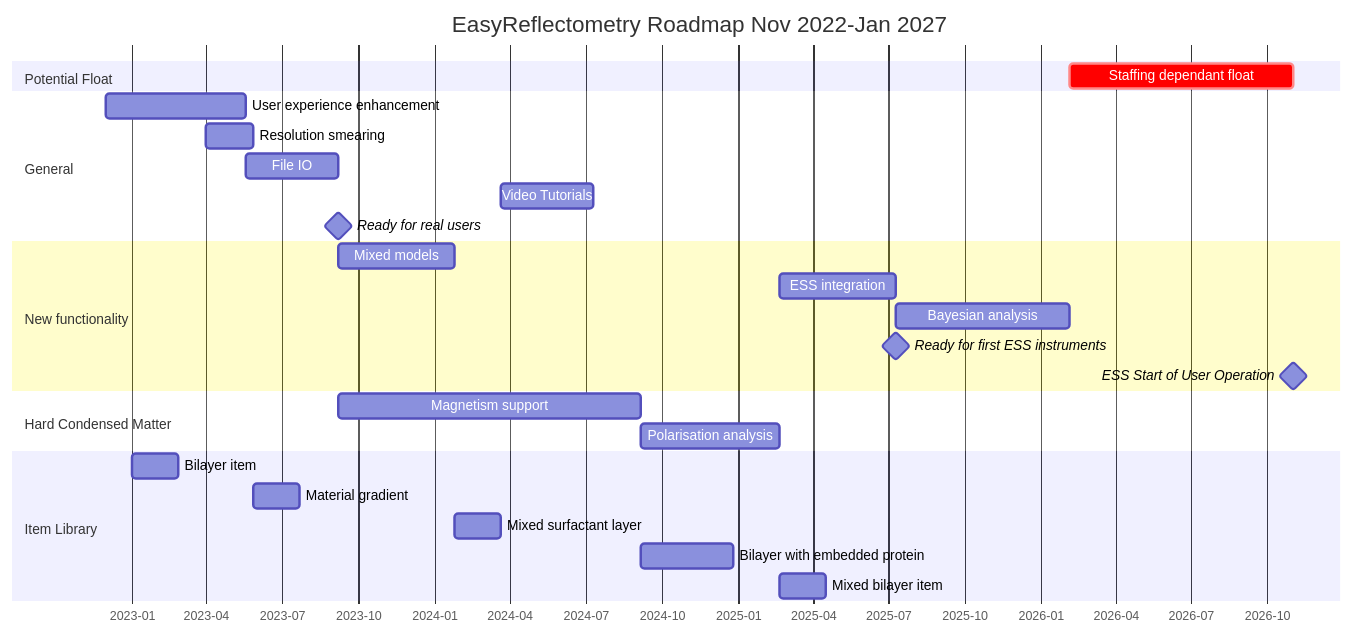
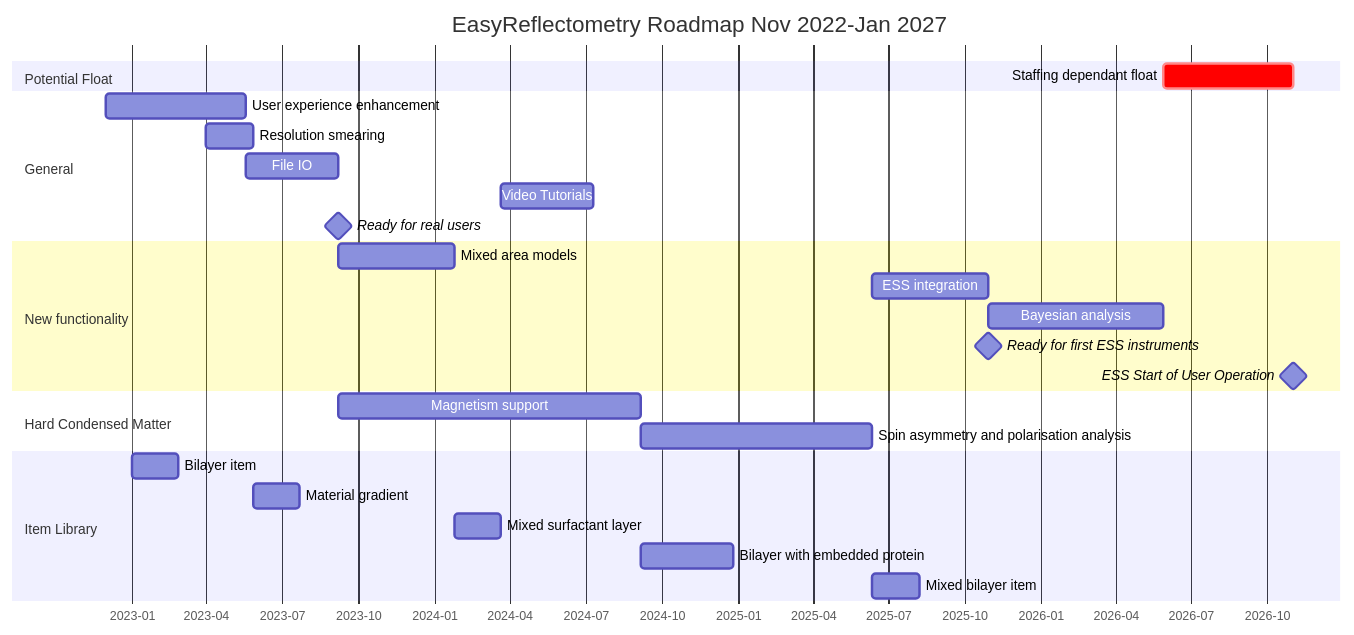
Before and after one commit to EasyScience/EasyReflectometryApp: the diagram in ROADMAP.md, drawn with Mermaid. The commit also changed other lines of this file, not shown here.

````diff
--- a/ROADMAP.md
+++ b/ROADMAP.md
@@ -6,34 +6,34 @@
 ```mermaid
 gantt
     title EasyReflectometry Roadmap Nov 2022-Jan 2027
     dateFormat  YYYY-MM
     axisFormat  %Y-%m
     todaymarker off
     section Potential Float
     Staffing dependant float :crit, after b3, 2026-11
 
     section General
     User experience enhancement :a1, 2022-12, 24w
     Resolution smearing :a2, 2023-04, 8w
     File IO :a3, after a1, 16w
     Video Tutorials :a4, after d3, 16w
     Ready for real users: milestone, m1, after a3, 2min
 
     section New functionality
-    Mixed models :b1, after m1, 20w
+    Mixed area models :b1, after m1, 20w
     ESS integration :b2, after c2, 20w
     Bayesian analysis :b3, after b2, 30w
     Ready for first ESS instruments :milestone, m2, after b2, 2min
     ESS Start of User Operation :milestone, m3, 2026-11, 2min
 
     section Hard Condensed Matter
     Magnetism support :c1, after m1, 52w
-    Polarisation analysis :c2, after c1, 24w
+    Spin asymmetry and polarisation analysis :c2, after c1, 40w
 
     section Item Library
     Bilayer item :d1, 2023-01, 8w
     Material gradient :d2, after a2, 8w
     Mixed surfactant layer :d3, after b1, 8w
     Bilayer with embedded protein :d4, after c1, 16w
     Mixed bilayer item :d5, after c2, 8w
 ```
````
